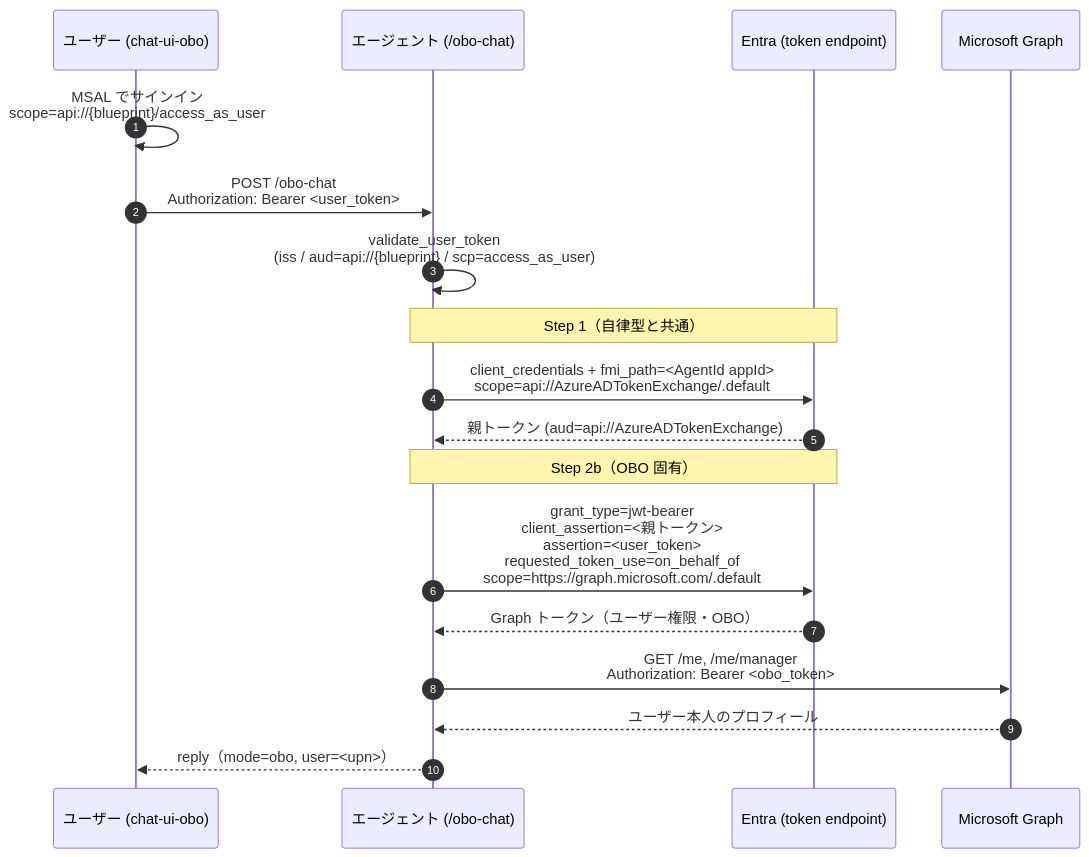
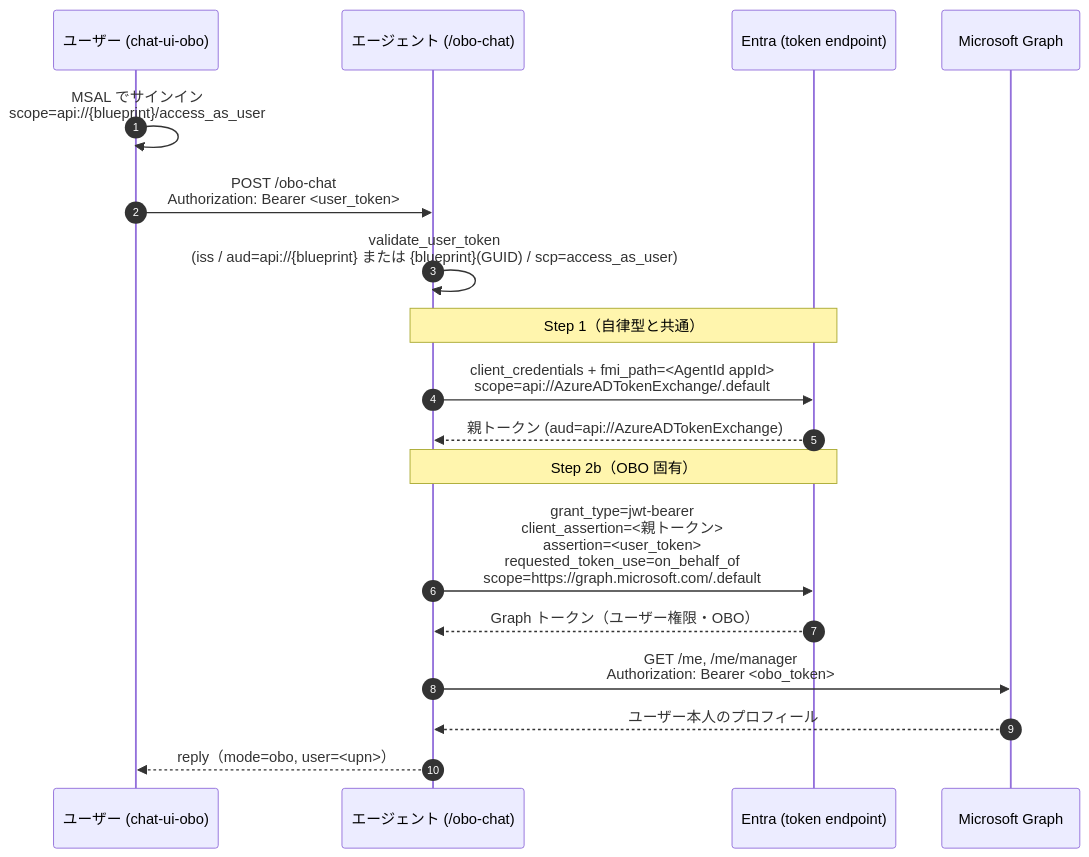
Before and after one commit to ketana0224/Agent365-Onboarding: the diagram in Handson/lab5/lab5-1_OBOユーザー委任とAgentID二重統制.md, drawn with Mermaid. The commit also changed other lines of this file and 3 other files, not shown here.

Commit message:
fix(lab5-obo): accept both api:// and GUID aud in OBO validator; fix 01 next-step hint; correct 02/doc aud notes

````diff
--- a/Handson/lab5/lab5-1_OBOユーザー委任とAgentID二重統制.md
+++ b/Handson/lab5/lab5-1_OBOユーザー委任とAgentID二重統制.md
@@ -25,21 +25,21 @@
 ```mermaid
 sequenceDiagram
     autonumber
     participant U as ユーザー (chat-ui-obo)
     participant A as エージェント (/obo-chat)
     participant E as Entra (token endpoint)
     participant G as Microsoft Graph
 
     U->>U: MSAL でサインイン<br/>scope=api://{blueprint}/access_as_user
     U->>A: POST /obo-chat<br/>Authorization: Bearer <user_token>
-    A->>A: validate_user_token<br/>(iss / aud=api://{blueprint} / scp=access_as_user)
+    A->>A: validate_user_token<br/>(iss / aud=api://{blueprint} または {blueprint}(GUID) / scp=access_as_user)
     Note over A,E: Step 1（自律型と共通）
     A->>E: client_credentials + fmi_path=<AgentId appId><br/>scope=api://AzureADTokenExchange/.default
     E-->>A: 親トークン (aud=api://AzureADTokenExchange)
     Note over A,E: Step 2b（OBO 固有）
     A->>E: grant_type=jwt-bearer<br/>client_assertion=<親トークン><br/>assertion=<user_token><br/>requested_token_use=on_behalf_of<br/>scope=https://graph.microsoft.com/.default
     E-->>A: Graph トークン（ユーザー権限・OBO）
     A->>G: GET /me, /me/manager<br/>Authorization: Bearer <obo_token>
     G-->>A: ユーザー本人のプロフィール
     A-->>U: reply（mode=obo, user=<upn>）
 ```
````
